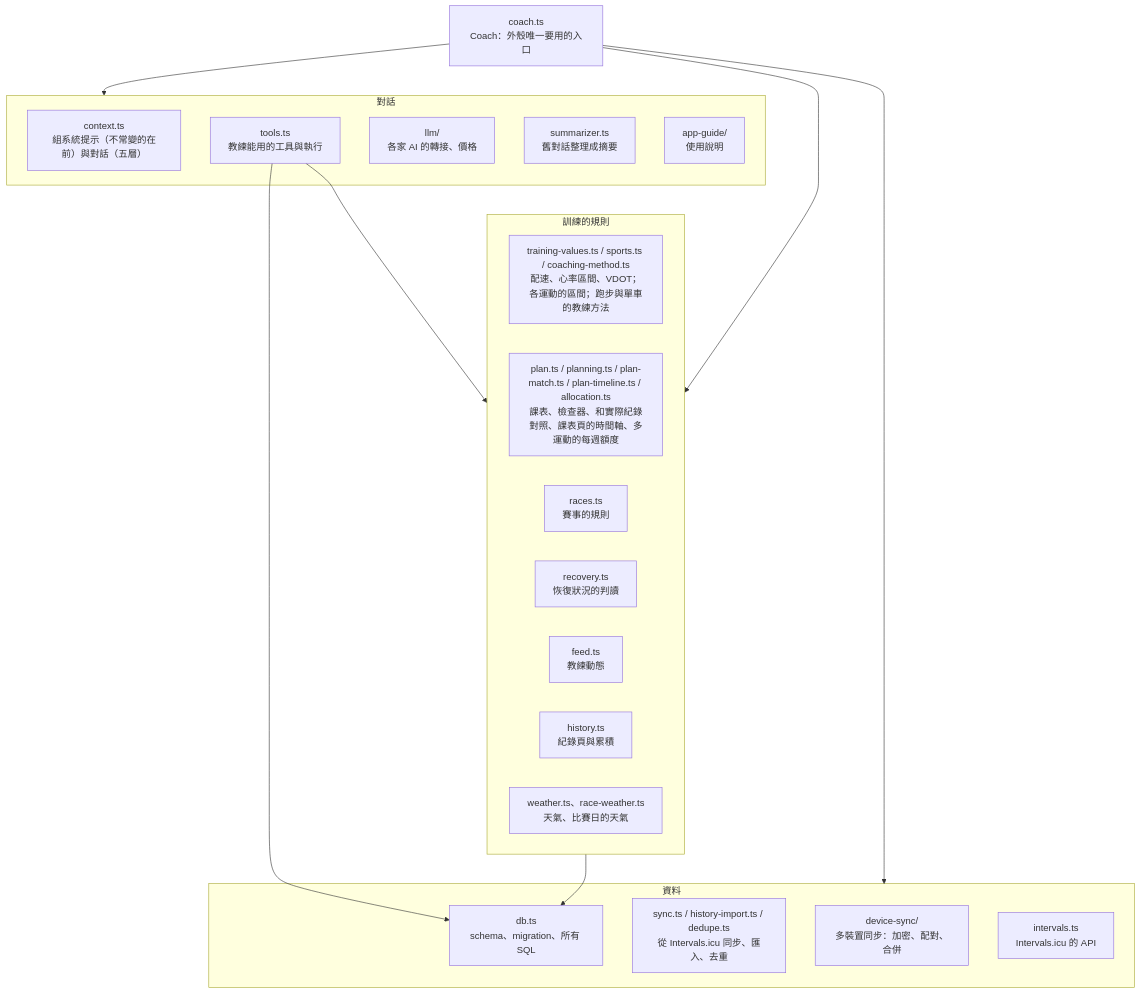
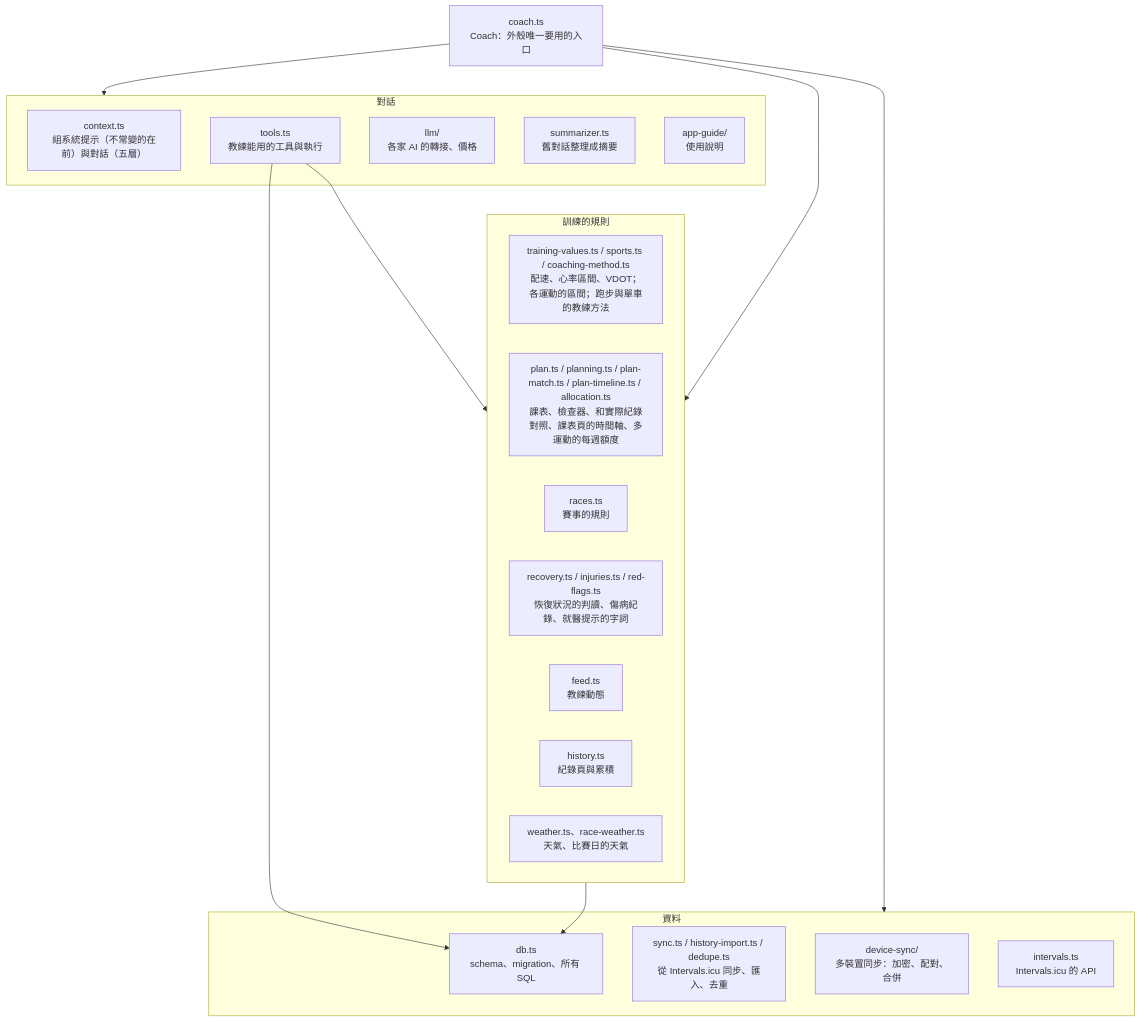
The second of 5 diagrams in doc/architecture.md (williampcs/RunningCoach), drawn with Mermaid before and after one commit. The commit also changed other lines of this file and 42 other files, not shown here.

First line of the commit message:
injuries: injury record, checker blocks hard sessions in painful sports, red-flag medical notice

````diff
--- a/doc/architecture.md
+++ b/doc/architecture.md
@@ -83,32 +83,32 @@
 ```mermaid
 flowchart TB
   coach["coach.ts<br/>Coach：外殼唯一要用的入口"]
   subgraph talk["對話"]
     context["context.ts<br/>組系統提示（不常變的在前）與對話（五層）"]
     tools["tools.ts<br/>教練能用的工具與執行"]
     llm["llm/<br/>各家 AI 的轉接、價格"]
     summarizer["summarizer.ts<br/>舊對話整理成摘要"]
     guide["app-guide/<br/>使用說明"]
   end
   subgraph domain["訓練的規則"]
     tv["training-values.ts / sports.ts / coaching-method.ts<br/>配速、心率區間、VDOT；各運動的區間；跑步與單車的教練方法"]
     plan["plan.ts / planning.ts / plan-match.ts / plan-timeline.ts / allocation.ts<br/>課表、檢查器、和實際紀錄對照、課表頁的時間軸、多運動的每週額度"]
     races["races.ts<br/>賽事的規則"]
-    recovery["recovery.ts<br/>恢復狀況的判讀"]
+    recovery["recovery.ts / injuries.ts / red-flags.ts<br/>恢復狀況的判讀、傷病紀錄、就醫提示的字詞"]
     feed["feed.ts<br/>教練動態"]
     history["history.ts<br/>紀錄頁與累積"]
     weather["weather.ts、race-weather.ts<br/>天氣、比賽日的天氣"]
   end
   subgraph data["資料"]
     db["db.ts<br/>schema、migration、所有 SQL"]
     sync["sync.ts / history-import.ts / dedupe.ts<br/>從 Intervals.icu 同步、匯入、去重"]
     ds["device-sync/<br/>多裝置同步：加密、配對、合併"]
     icu["intervals.ts<br/>Intervals.icu 的 API"]
   end
   coach --> talk
   coach --> domain
   coach --> data
   tools --> domain
   tools --> db
   domain --> db
 ```
````
